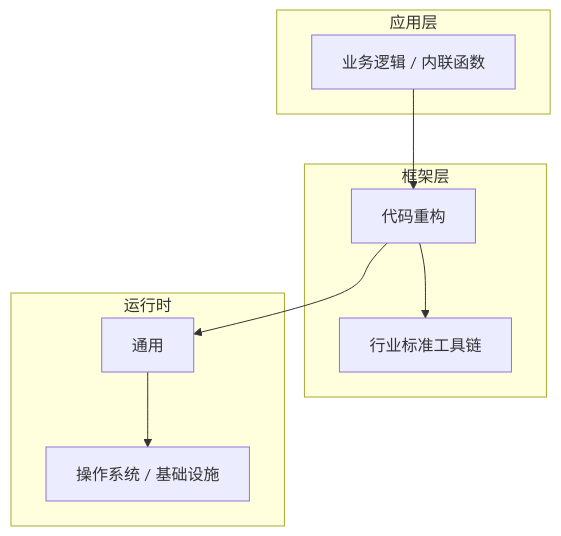
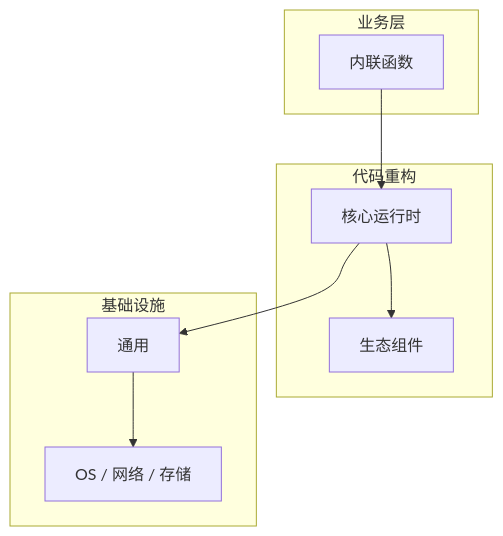
One commit to yanggan2015/knowledge-json-v2 changed the diagram in articles/代码重构/chapters/019-内联函数核心概念与原理.md. Above: the diagram before and after it, drawn with Mermaid. The commit also changed other lines of this file and 10127 other files, not shown here.

````diff
--- a/articles/代码重构/chapters/019-内联函数核心概念与原理.md
+++ b/articles/代码重构/chapters/019-内联函数核心概念与原理.md
@@ -45,18 +34,18 @@
 ```mermaid
 graph TB
-    subgraph 应用层
-        A[业务逻辑 / 内联函数]
+    subgraph 业务层
+        A[内联函数]
     end
-    subgraph 框架层
-        B[代码重构]
-        C[行业标准工具链]
+    subgraph 代码重构
+        B[核心运行时]
+        C[生态组件]
     end
-    subgraph 运行时
+    subgraph 基础设施
         D[通用]
-        E[操作系统 / 基础设施]
+        E[OS / 网络 / 存储]
     end
     A --> B
     B --> C
     B --> D
     D --> E
 ```
````
